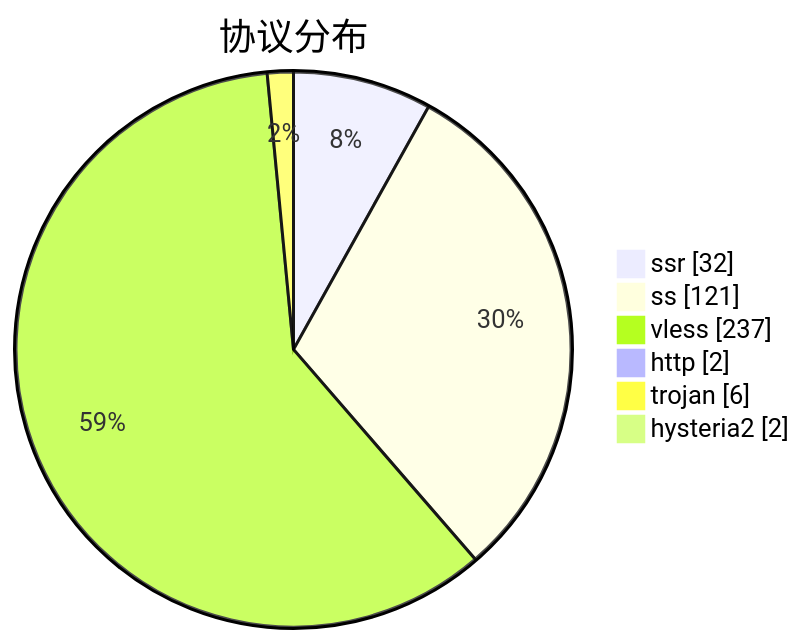
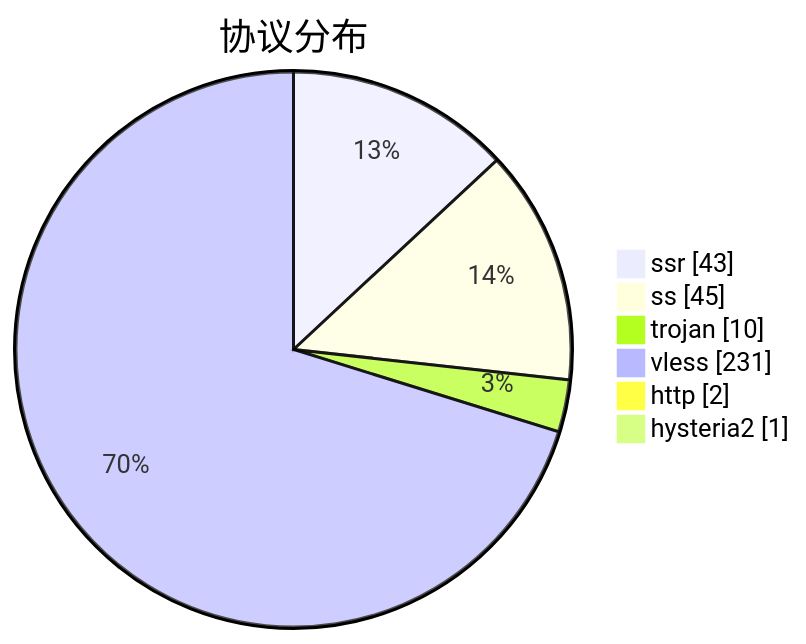
Before and after one commit to qjlxg/airport: the third of 3 diagrams in subs/statistics/tested_within.md, drawn with Mermaid. The commit also changed other lines of this file and 2 other files, not shown here.

````diff
--- a/subs/statistics/tested_within.md
+++ b/subs/statistics/tested_within.md
@@ -19,10 +19,10 @@
 ```mermaid
 pie showData
 title 协议分布
-"ssr" : 32
-"ss" : 121
-"vless" : 237
+"ssr" : 43
+"ss" : 45
+"trojan" : 10
+"vless" : 231
 "http" : 2
-"trojan" : 6
-"hysteria2" : 2
+"hysteria2" : 1
 ```
````
